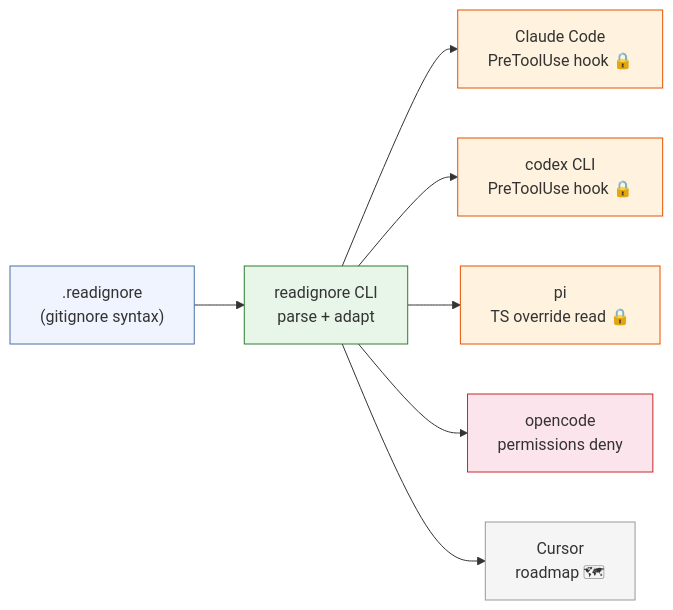
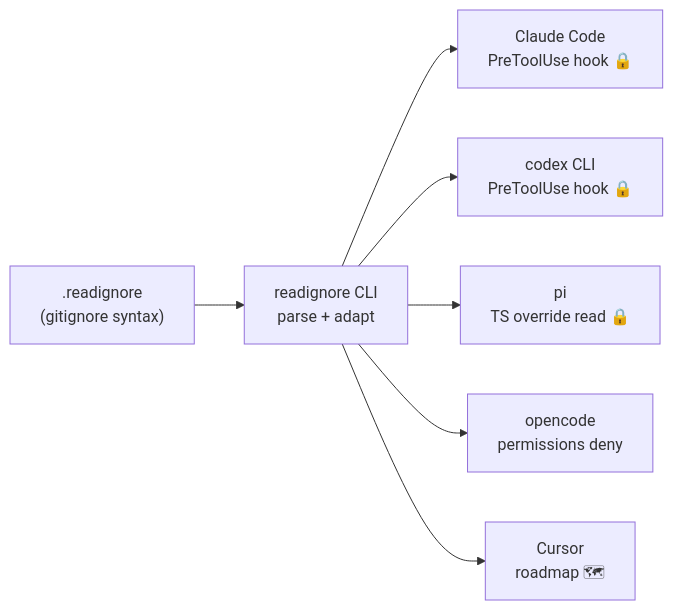
One commit to 0xByteBard404/readignore changed the diagram in README.md. Above: the diagram before and after it, drawn with Mermaid. The commit also changed 1 other file, not shown here.

Commit message:
docs: mermaid How it works — drop fixed fill (auto dark/light)

````diff
--- a/README.md
+++ b/README.md
@@ -28,16 +28,9 @@
 ```mermaid
 graph LR
   RI[".readignore<br/>(gitignore syntax)"] --> CLI["readignore CLI<br/>parse + adapt"]
   CLI --> CC["Claude Code<br/>PreToolUse hook 🔒"]
   CLI --> CX["codex CLI<br/>PreToolUse hook 🔒"]
   CLI --> PI["pi<br/>TS override read 🔒"]
   CLI --> OC["opencode<br/>permissions deny"]
   CLI --> CU["Cursor<br/>roadmap 🗺"]
-  style RI fill:#f0f4ff,stroke:#4a6fa5
-  style CLI fill:#e8f5e9,stroke:#2e7d32
-  style CC fill:#fff3e0,stroke:#e65100
-  style CX fill:#fff3e0,stroke:#e65100
-  style PI fill:#fff3e0,stroke:#e65100
-  style OC fill:#fce4ec,stroke:#c62828
-  style CU fill:#f5f5f5,stroke:#999
 ```
````
